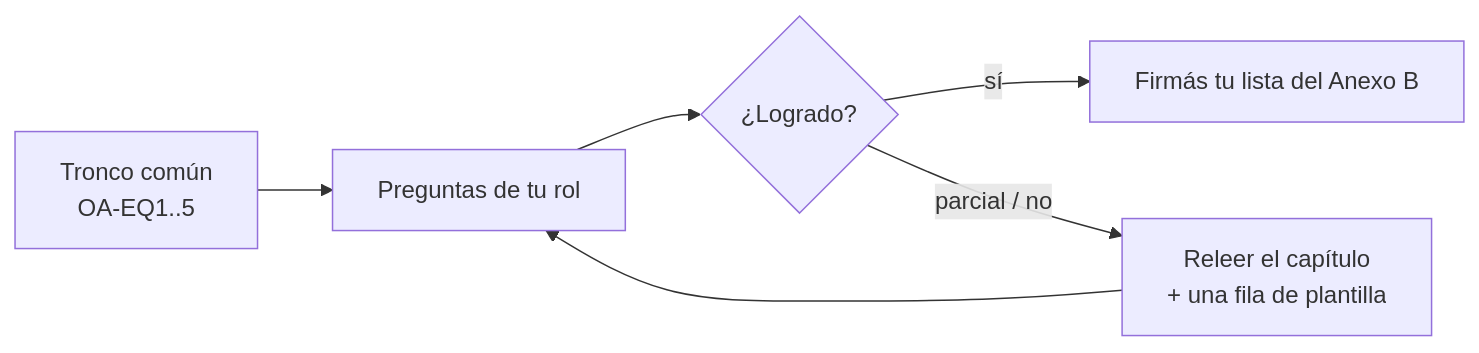
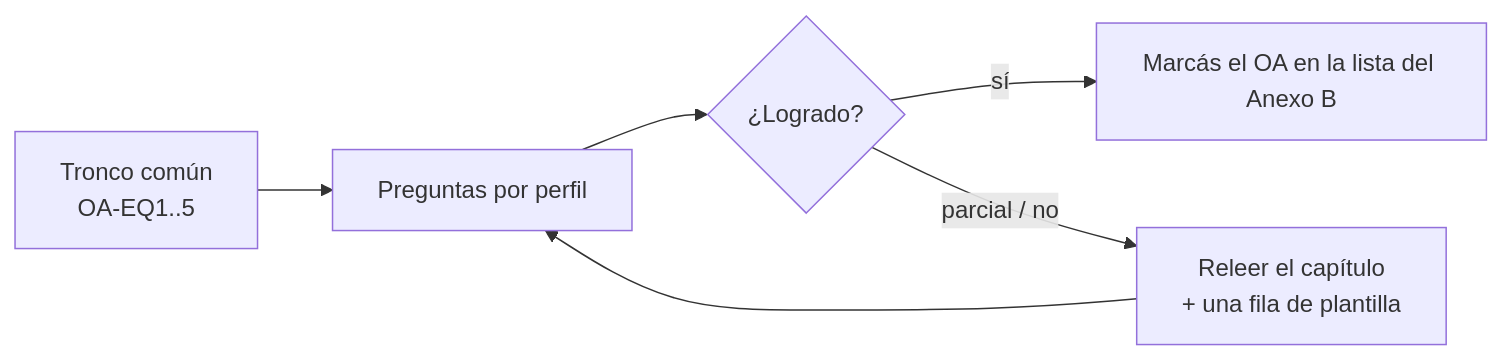
One commit to hdcm-dev/Lab-Documentos changed diagram 23 of 25 in Guides/IA/Dot-Net-Integration-AI-Layer-Guide/Conversational-Design-Framework-Guide.md. Above: the diagram before and after it, drawn with Mermaid. The commit also changed other lines of this file and 1 other file, not shown here.

````diff
--- a/Guides/IA/Dot-Net-Integration-AI-Layer-Guide/Conversational-Design-Framework-Guide.md
+++ b/Guides/IA/Dot-Net-Integration-AI-Layer-Guide/Conversational-Design-Framework-Guide.md
@@ -3276,8 +3374,8 @@
 ```mermaid
 flowchart LR
-  T["Tronco común<br/>OA-EQ1..5"] --> R["Preguntas de tu rol"]
+  T["Tronco común<br/>OA-EQ1..5"] --> R["Preguntas por perfil"]
   R --> M{"¿Logrado?"}
-  M -- "sí" --> F["Firmás tu lista del Anexo B"]
+  M -- "sí" --> F["Marcás el OA en la lista del Anexo B"]
   M -- "parcial / no" --> L["Releer el capítulo<br/>+ una fila de plantilla"]
   L --> R
 ```
````
